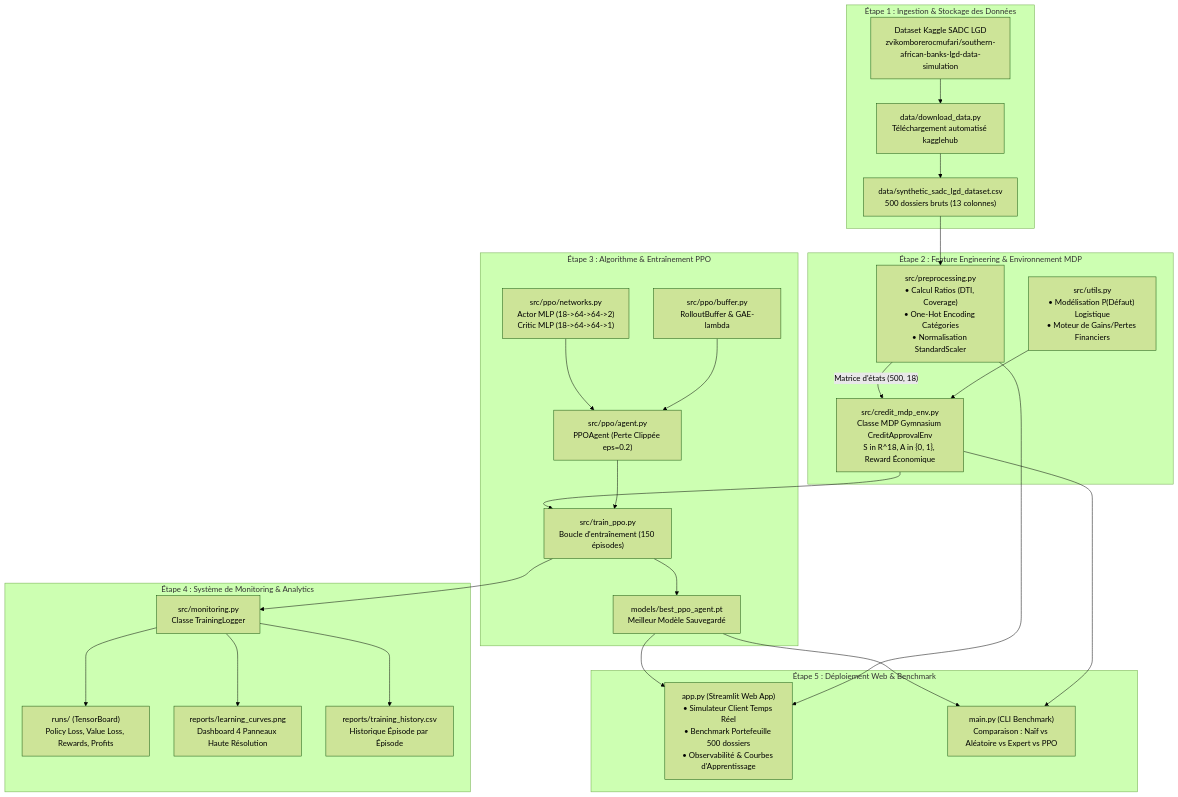
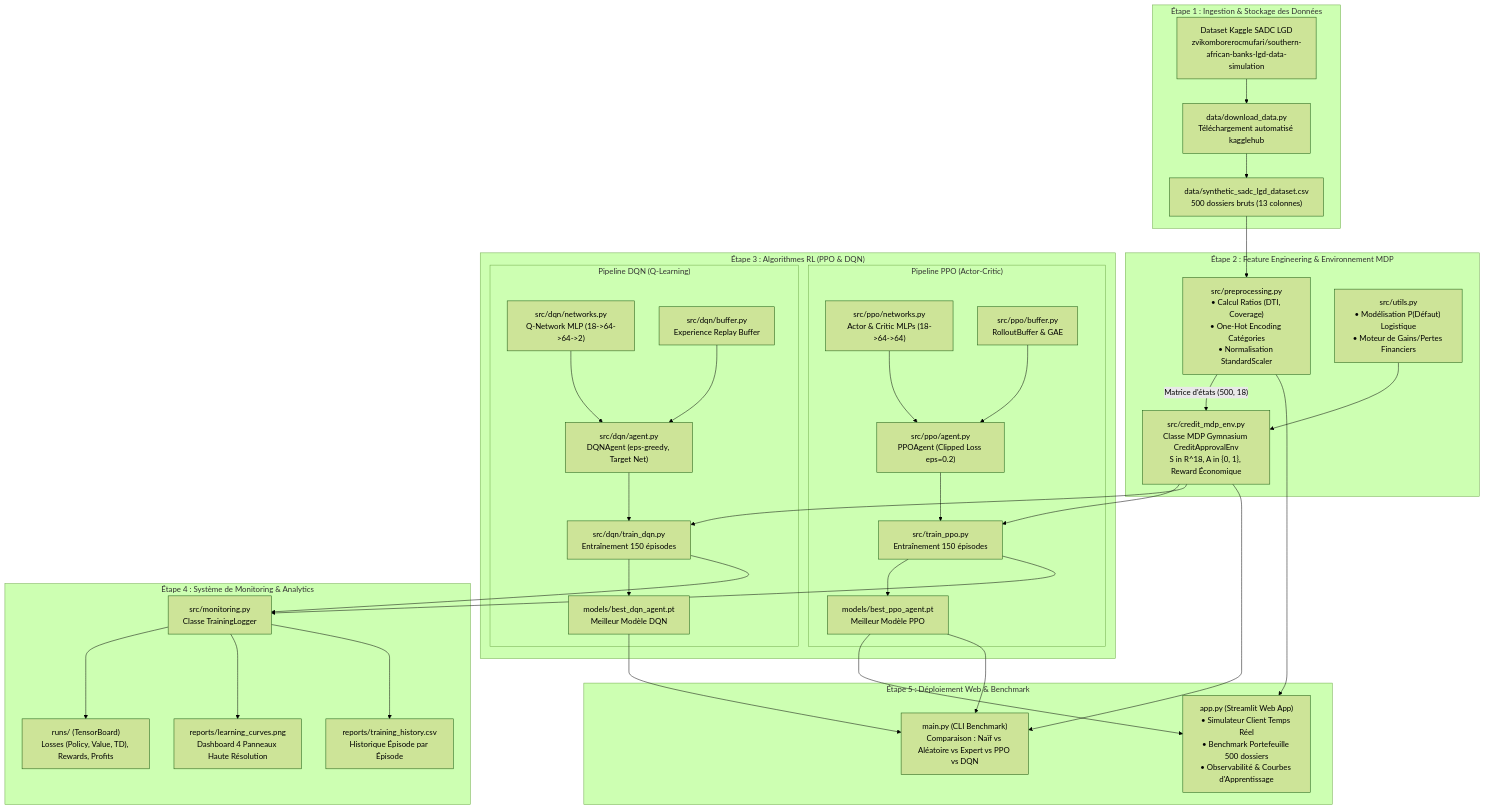
One commit to ariistidesaker/credit-approval-reinforcement-learning changed the second of 2 diagrams in EXPLICATION_WORKFLOW_MDP.md. Above: the diagram before and after it, drawn with Mermaid (forest theme). The commit also changed other lines of this file and 5 other files, not shown here.

Commit message:
Mise a jour de la documentation avec l'algorithme DQN et ajout des tests unitaires

````diff
--- a/EXPLICATION_WORKFLOW_MDP.md
+++ b/EXPLICATION_WORKFLOW_MDP.md
@@ -140,51 +152,69 @@
 ```mermaid
 flowchart TD
     subgraph Step1["Étape 1 : Ingestion & Stockage des Données"]
         Kaggle["Dataset Kaggle SADC LGD<br/>zvikomborerocmufari/southern-african-banks-lgd-data-simulation"]
         Downloader["data/download_data.py<br/>Téléchargement automatisé kagglehub"]
         RawCSV["data/synthetic_sadc_lgd_dataset.csv<br/>500 dossiers bruts (13 colonnes)"]
         Kaggle --> Downloader --> RawCSV
     end
 
     subgraph Step2["Étape 2 : Feature Engineering & Environnement MDP"]
         Preproc["src/preprocessing.py<br/>• Calcul Ratios (DTI, Coverage)<br/>• One-Hot Encoding Catégories<br/>• Normalisation StandardScaler"]
         RiskUtil["src/utils.py<br/>• Modélisation P(Défaut) Logistique<br/>• Moteur de Gains/Pertes Financiers"]
         GymEnv["src/credit_mdp_env.py<br/>Classe MDP Gymnasium CreditApprovalEnv<br/>S in R^18, A in {0, 1}, Reward Économique"]
         RawCSV --> Preproc
         Preproc -->|"Matrice d'états (500, 18)"| GymEnv
         RiskUtil --> GymEnv
     end
 
-    subgraph Step3["Étape 3 : Algorithme & Entraînement PPO"]
-        Networks["src/ppo/networks.py<br/>Actor MLP (18->64->64->2)<br/>Critic MLP (18->64->64->1)"]
-        Buffer["src/ppo/buffer.py<br/>RolloutBuffer & GAE-lambda"]
-        Agent["src/ppo/agent.py<br/>PPOAgent (Perte Clippée eps=0.2)"]
-        Trainer["src/train_ppo.py<br/>Boucle d'entraînement (150 épisodes)"]
-        ModelSaved["models/best_ppo_agent.pt<br/>Meilleur Modèle Sauvegardé"]
-        GymEnv --> Trainer
-        Networks --> Agent
-        Buffer --> Agent
-        Agent --> Trainer
-        Trainer --> ModelSaved
+    subgraph Step3["Étape 3 : Algorithmes RL (PPO & DQN)"]
+        subgraph PPO_Pipeline["Pipeline PPO (Actor-Critic)"]
+            PPONets["src/ppo/networks.py<br/>Actor & Critic MLPs (18->64->64)"]
+            PPOBuf["src/ppo/buffer.py<br/>RolloutBuffer & GAE"]
+            PPOAg["src/ppo/agent.py<br/>PPOAgent (Clipped Loss eps=0.2)"]
+            PPOTrain["src/train_ppo.py<br/>Entraînement 150 épisodes"]
+            PPOModel["models/best_ppo_agent.pt<br/>Meilleur Modèle PPO"]
+            PPONets --> PPOAg
+            PPOBuf --> PPOAg
+            PPOAg --> PPOTrain
+            PPOTrain --> PPOModel
+        end
+
+        subgraph DQN_Pipeline["Pipeline DQN (Q-Learning)"]
+            DQNNets["src/dqn/networks.py<br/>Q-Network MLP (18->64->64->2)"]
+            DQNBuf["src/dqn/buffer.py<br/>Experience Replay Buffer"]
+            DQNAg["src/dqn/agent.py<br/>DQNAgent (eps-greedy, Target Net)"]
+            DQNTrain["src/dqn/train_dqn.py<br/>Entraînement 150 épisodes"]
+            DQNModel["models/best_dqn_agent.pt<br/>Meilleur Modèle DQN"]
+            DQNNets --> DQNAg
+            DQNBuf --> DQNAg
+            DQNAg --> DQNTrain
+            DQNTrain --> DQNModel
+        end
+
+        GymEnv --> PPOTrain
+        GymEnv --> DQNTrain
     end
 
     subgraph Step4["Étape 4 : Système de Monitoring & Analytics"]
         Logger["src/monitoring.py<br/>Classe TrainingLogger"]
-        TB["runs/ (TensorBoard)<br/>Policy Loss, Value Loss, Rewards, Profits"]
+        TB["runs/ (TensorBoard)<br/>Losses (Policy, Value, TD), Rewards, Profits"]
         Plots["reports/learning_curves.png<br/>Dashboard 4 Panneaux Haute Résolution"]
         CSVLog["reports/training_history.csv<br/>Historique Épisode par Épisode"]
-        Trainer --> Logger
+        PPOTrain --> Logger
+        DQNTrain --> Logger
         Logger --> TB
         Logger --> Plots
         Logger --> CSVLog
     end
 
     subgraph Step5["Étape 5 : Déploiement Web & Benchmark"]
         AppStreamlit["app.py (Streamlit Web App)<br/>• Simulateur Client Temps Réel<br/>• Benchmark Portefeuille 500 dossiers<br/>• Observabilité & Courbes d'Apprentissage"]
-        MainCLI["main.py (CLI Benchmark)<br/>Comparaison : Naïf vs Aléatoire vs Expert vs PPO"]
-        ModelSaved --> AppStreamlit
-        ModelSaved --> MainCLI
+        MainCLI["main.py (CLI Benchmark)<br/>Comparaison : Naïf vs Aléatoire vs Expert vs PPO vs DQN"]
+        PPOModel --> AppStreamlit
+        PPOModel --> MainCLI
+        DQNModel --> MainCLI
         Preproc --> AppStreamlit
         GymEnv --> MainCLI
     end
 ```
````
